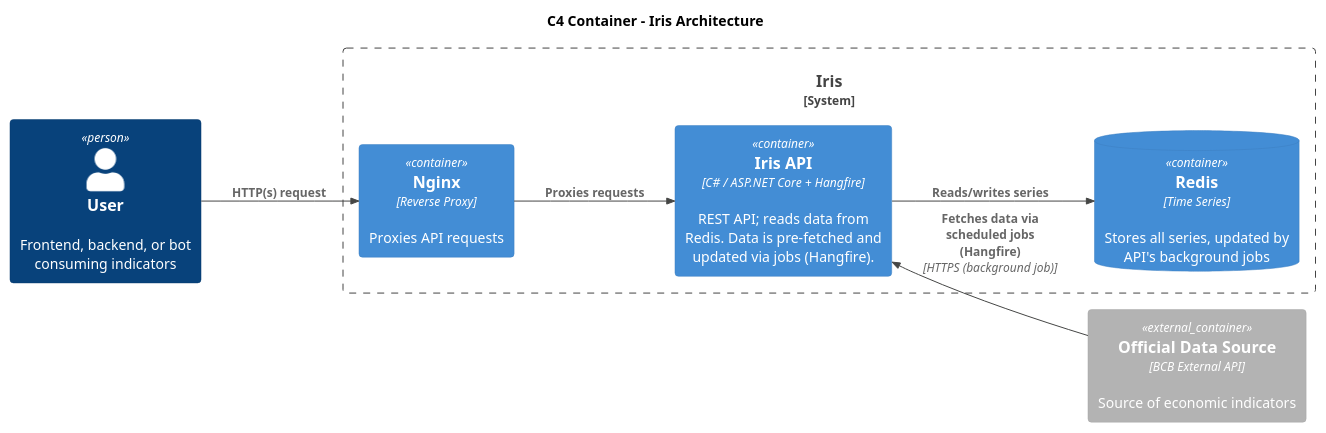
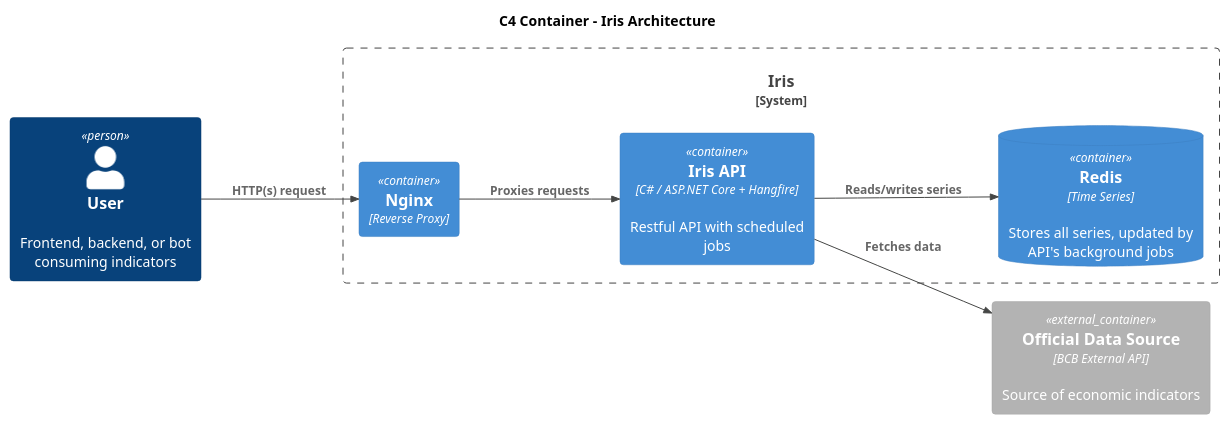
Before and after one commit to joaopaulopmedeiros/iris: the diagram in docs/arch.puml, drawn with PlantUML. The commit also changed 8 other files, not shown here.

```diff
--- a/docs/arch.puml
+++ b/docs/arch.puml
@@ -1,26 +1,26 @@
 @startuml
 !includeurl https://raw.githubusercontent.com/plantuml-stdlib/C4-PlantUML/master/C4_Container.puml
 
 LAYOUT_LEFT_RIGHT()
 !theme vibrant
 
 title C4 Container - Iris Architecture
 
 Person(user, "User", "Frontend, backend, or bot consuming indicators")
-
 System_Boundary(iris, "Iris") {
-  Container(nginx, "Nginx", "Reverse Proxy", "Proxies API requests")
-  Container(api, "Iris API", "C# / ASP.NET Core + Hangfire", "REST API; reads data from Redis. Data is pre-fetched and updated via jobs (Hangfire).")
+  Container(nginx, "Nginx", "Reverse Proxy")
+  Container(api, "Iris API", "C# / ASP.NET Core + Hangfire", "Restful API with scheduled jobs") {
+  }
   ContainerDb(redis, "Redis", "Time Series", "Stores all series, updated by API's background jobs")
 }
 
 Container_Ext(bacen, "Official Data Source", "BCB External API", "Source of economic indicators")
 
 Rel(user, nginx, "HTTP(s) request")
 Rel(nginx, api, "Proxies requests")
 Rel(api, redis, "Reads/writes series")
-Rel_Back(api, bacen, "Fetches data via scheduled jobs (Hangfire)", "HTTPS (background job)")
+Rel(api, bacen, "Fetches data")
 
 SHOW_PERSON_OUTLINE()
 
 @enduml
```
